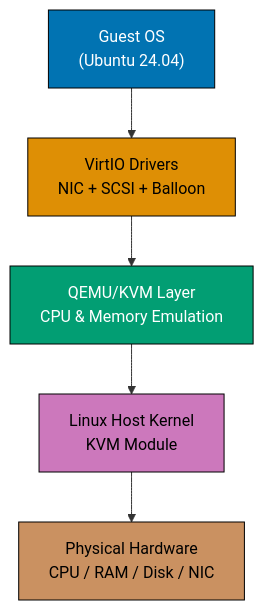
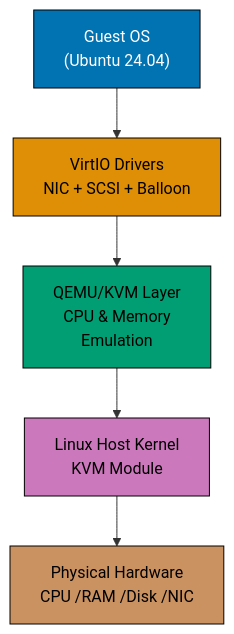
Before and after one commit to wahidyankf/ose-public: the second of 9 diagrams in apps/ayokoding-www/content/en/learn/legacy/software-engineering/infrastructure/tools/proxmox/by-example/beginner.md, drawn with Mermaid. The commit also changed other lines of this file and 131 other files, not shown here.

First line of the commit message:
fix(mermaid): bring the legacy data, infrastructure, and testing diagrams onto the accessible palette

````diff
--- a/apps/ayokoding-www/content/en/learn/legacy/software-engineering/infrastructure/tools/proxmox/by-example/beginner.md
+++ b/apps/ayokoding-www/content/en/learn/legacy/software-engineering/infrastructure/tools/proxmox/by-example/beginner.md
@@ -310,14 +318,22 @@
 ```mermaid
 %% Color Palette: Blue #0173B2, Orange #DE8F05, Teal #029E73, Purple #CC78BC, Brown #CA9161
 graph TD
+    accTitle: Example 8: Create a Basic KVM VM from ISO
+    accDescr: Graph with 6 nodes and 5 connections. Nodes: Guest OS (Ubuntu 24.04), VirtIO Drivers NIC + SCSI + Balloon, C, Memory, Linux Host Kernel KVM Module, Physical Hardware CPU /RAM /Disk /NIC. Connections: Guest OS (Ubuntu 24.04) to VirtIO Drivers NIC + SCSI + Balloon, VirtIO Drivers NIC + SCSI + Balloon to C, VirtIO Drivers NIC + SCSI + Balloon to Memory, C to Linux Host Kernel KVM Module, Linux Host Kernel KVM Module to Physical Hardware CPU /RAM /Disk /NIC.
     A["Guest OS<br/>(Ubuntu 24.04)"] --> B["VirtIO Drivers<br/>NIC + SCSI + Balloon"]
-    B --> C["QEMU/KVM Layer<br/>CPU & Memory Emulation"]
+    B --> C["QEMU/KVM Layer<br/>CPU & Memory<br/>Emulation"]
     C --> D["Linux Host Kernel<br/>KVM Module"]
-    D --> E["Physical Hardware<br/>CPU / RAM / Disk / NIC"]
+    D --> E["Physical Hardware<br/>CPU /RAM /Disk /NIC"]
 
-    style A fill:#0173B2,color:#fff,stroke:#000
-    style B fill:#DE8F05,color:#000,stroke:#000
-    style C fill:#029E73,color:#fff,stroke:#000
-    style D fill:#CC78BC,color:#000,stroke:#000
-    style E fill:#CA9161,color:#000,stroke:#000
+    classDef pal-0173B2 fill:#0173B2,stroke:#000000,color:#FFFFFF
+    class A pal-0173B2
+    classDef pal-DE8F05 fill:#DE8F05,stroke:#000000,color:#000000
+    class B pal-DE8F05
+    classDef pal-029E73 fill:#029E73,stroke:#000000,color:#000000
+    class C pal-029E73
+    classDef pal-CC78BC fill:#CC78BC,stroke:#000000,color:#000000
+    class D pal-CC78BC
+    classDef pal-CA9161 fill:#CA9161,stroke:#000000,color:#000000
+    class E pal-CA9161
+    classDef default fill:#FFFFFF,stroke:#000000,color:#000000
 ```
````
